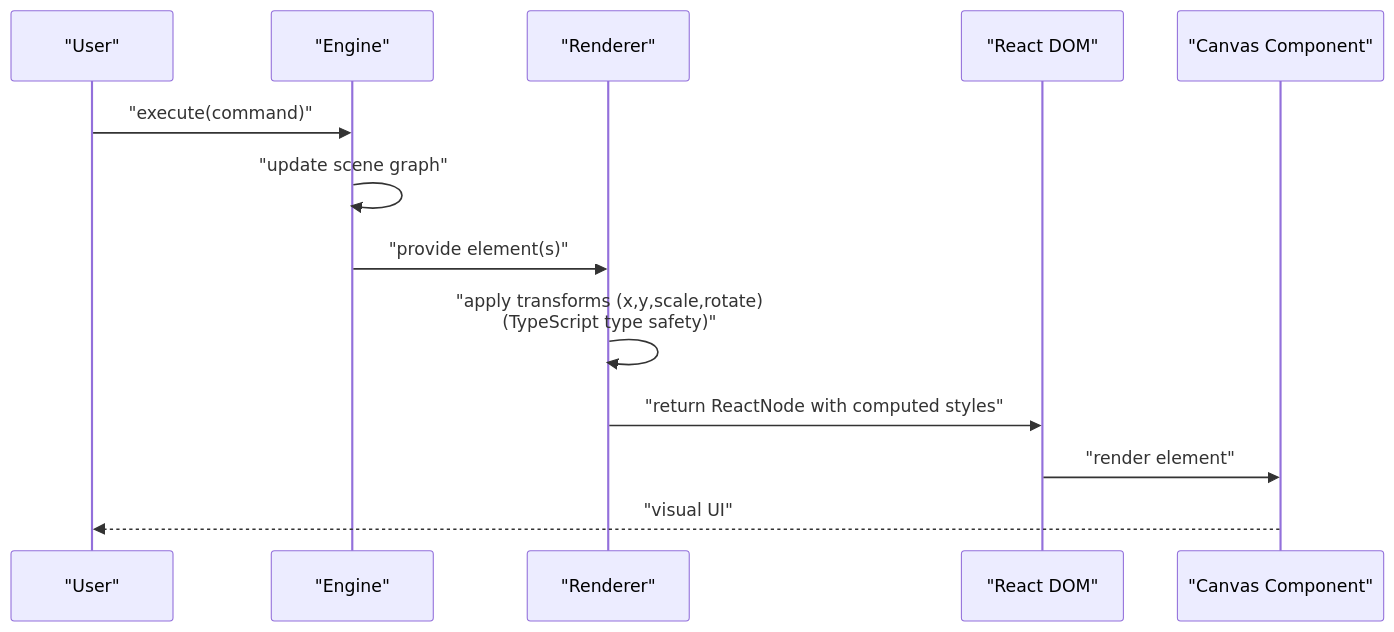
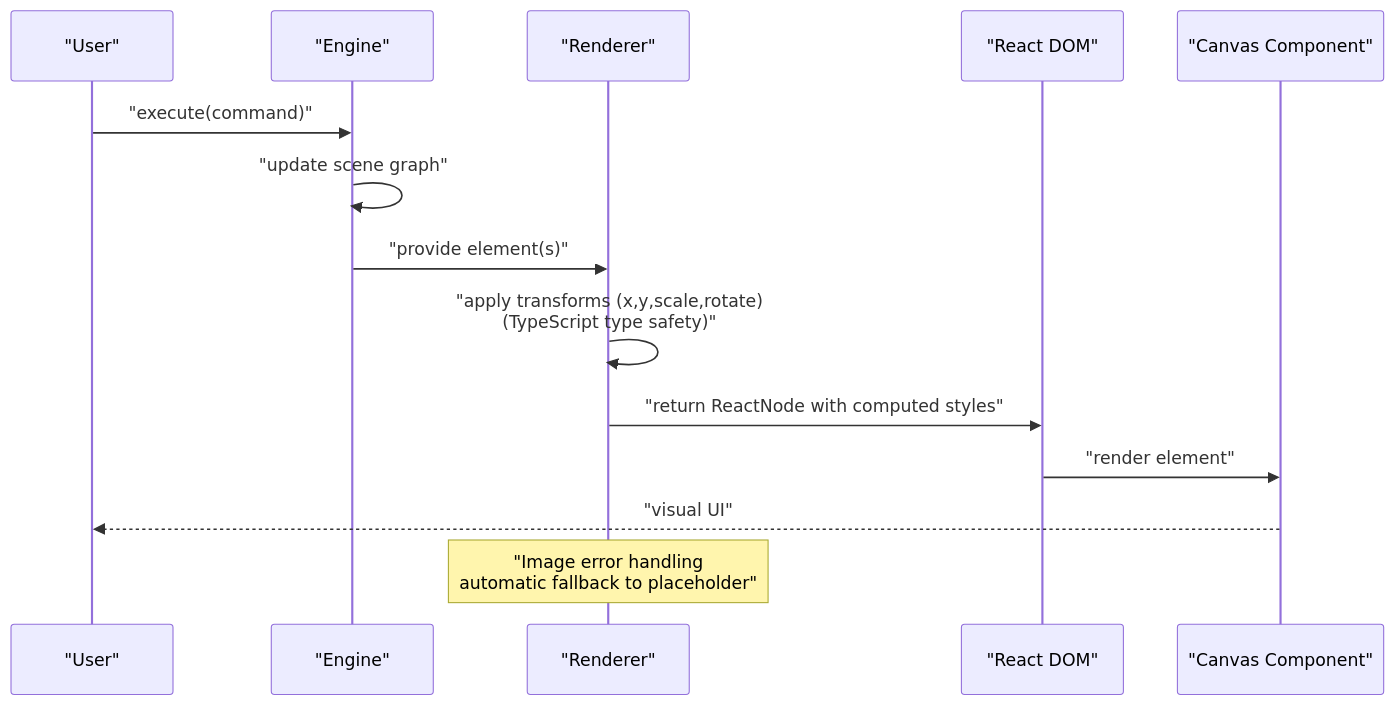
The second of 9 diagrams in .qoder/repowiki/en/content/Rendering System/Rendering System.md (Anna0314zy/ai_editor_enginer), drawn with Mermaid before and after one commit. The commit also changed other lines of this file and 44 other files, not shown here.

````diff
--- a/.qoder/repowiki/en/content/Rendering System/Rendering System.md
+++ b/.qoder/repowiki/en/content/Rendering System/Rendering System.md
@@ -130,15 +135,16 @@
 ```mermaid
 sequenceDiagram
 participant User as "User"
 participant Engine as "Engine"
 participant Renderer as "Renderer"
 participant React as "React DOM"
 participant Canvas as "Canvas Component"
 User->>Engine : "execute(command)"
 Engine->>Engine : "update scene graph"
 Engine->>Renderer : "provide element(s)"
 Renderer->>Renderer : "apply transforms (x,y,scale,rotate)<br/>(TypeScript type safety)"
 Renderer->>React : "return ReactNode with computed styles"
 React->>Canvas : "render element"
 Canvas-->>User : "visual UI"
+Note over Renderer : "Image error handling<br/>automatic fallback to placeholder"
 ```
````
